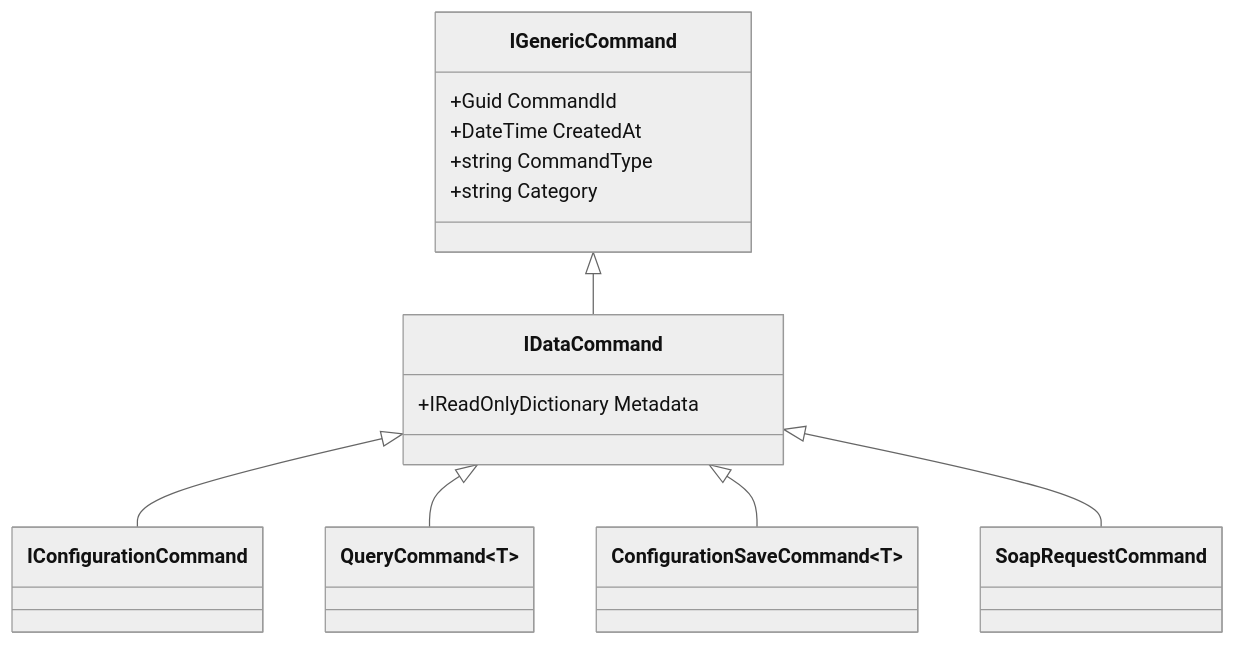
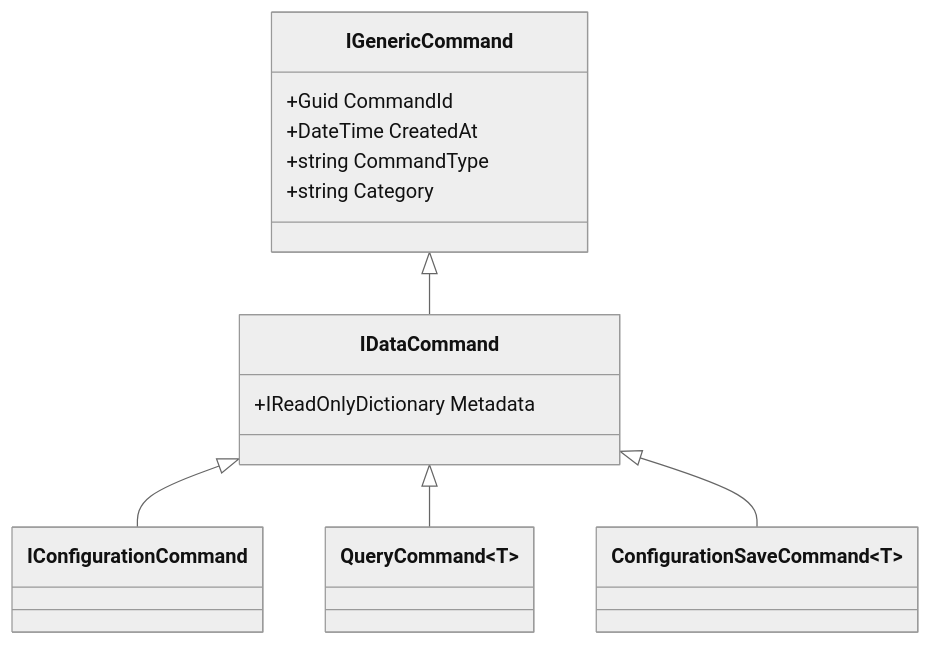
Before and after one commit to CyberdyneDevelopment/FractalDataWorks: the second of 2 diagrams in wiki/05-04-Self-Similar-Command-Pipeline.md, drawn with Mermaid (neutral theme). The commit also changed other lines of this file and 837 other files, not shown here.

````diff
--- a/wiki/05-04-Self-Similar-Command-Pipeline.md
+++ b/wiki/05-04-Self-Similar-Command-Pipeline.md
@@ -105,22 +103,20 @@
 ```mermaid
 classDiagram
     class IGenericCommand {
         +Guid CommandId
         +DateTime CreatedAt
         +string CommandType
         +string Category
     }
     class IDataCommand {
         +IReadOnlyDictionary Metadata
     }
     class IConfigurationCommand
     class QueryCommand~T~
     class ConfigurationSaveCommand~T~
-    class SoapRequestCommand
 
     IGenericCommand <|-- IDataCommand
     IDataCommand <|-- IConfigurationCommand
     IDataCommand <|-- QueryCommand~T~
     IDataCommand <|-- ConfigurationSaveCommand~T~
-    IDataCommand <|-- SoapRequestCommand
 ```
````
